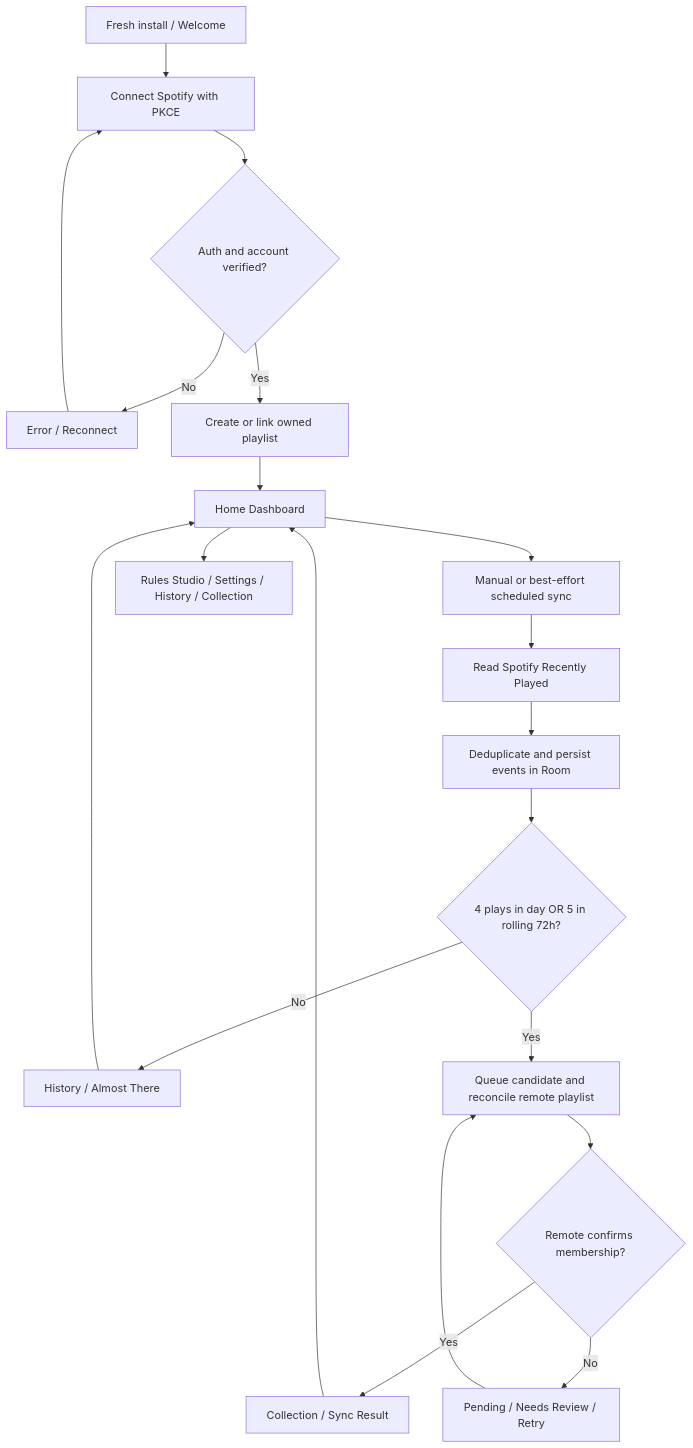
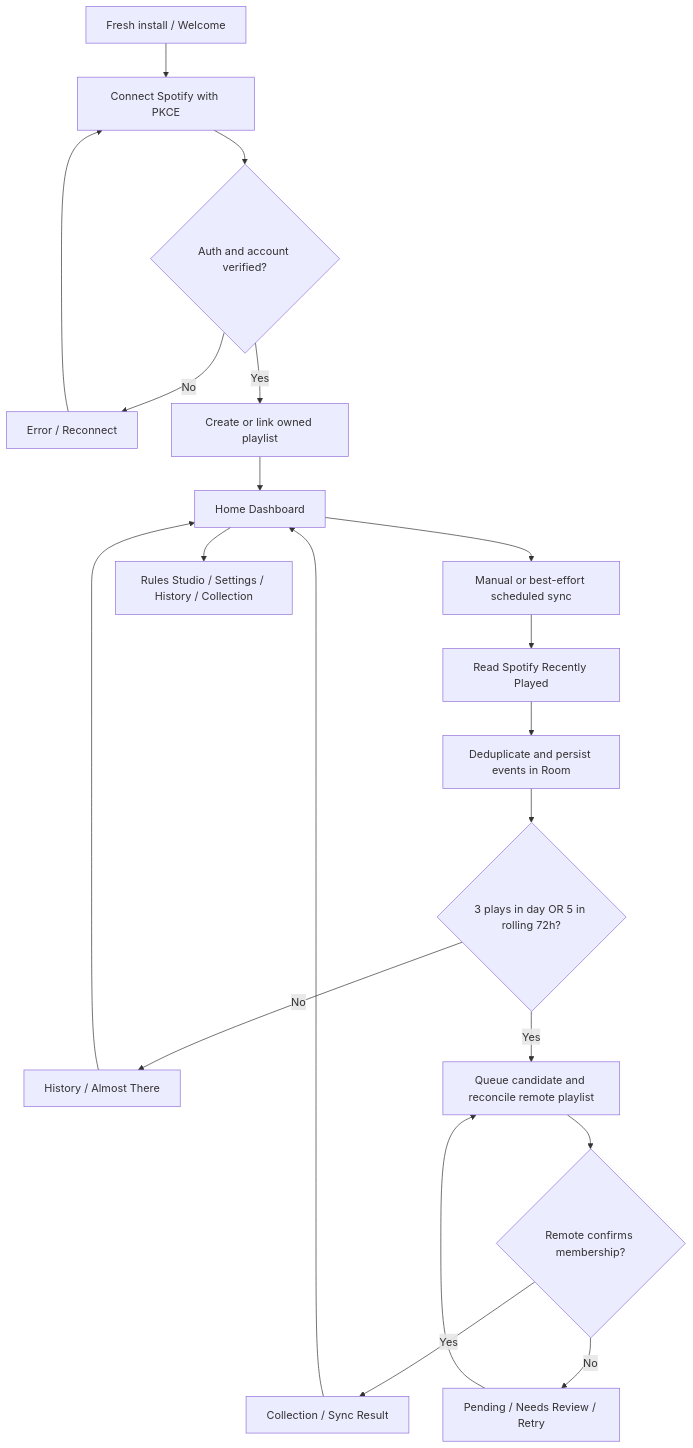
Before and after one commit to ntiendat01/SpotifyAutoPlaylist: the diagram in docs/UI-VISUAL-REFERENCE.md, drawn with Mermaid. The commit also changed other lines of this file and 19 other files, not shown here.

````diff
--- a/docs/UI-VISUAL-REFERENCE.md
+++ b/docs/UI-VISUAL-REFERENCE.md
@@ -66,22 +66,22 @@
 ```mermaid
 flowchart TD
   A[Fresh install / Welcome] --> B[Connect Spotify with PKCE]
   B --> C{Auth and account verified?}
   C -- No --> D[Error / Reconnect]
   D --> B
   C -- Yes --> E[Create or link owned playlist]
   E --> F[Home Dashboard]
   F --> G[Manual or best-effort scheduled sync]
   G --> H[Read Spotify Recently Played]
   H --> I[Deduplicate and persist events in Room]
-  I --> J{4 plays in day OR 5 in rolling 72h?}
+  I --> J{3 plays in day OR 5 in rolling 72h?}
   J -- No --> K[History / Almost There]
   J -- Yes --> L[Queue candidate and reconcile remote playlist]
   L --> M{Remote confirms membership?}
   M -- Yes --> N[Collection / Sync Result]
   M -- No --> O[Pending / Needs Review / Retry]
   O --> L
   K --> F
   N --> F
   F --> P[Rules Studio / Settings / History / Collection]
 ```
````
